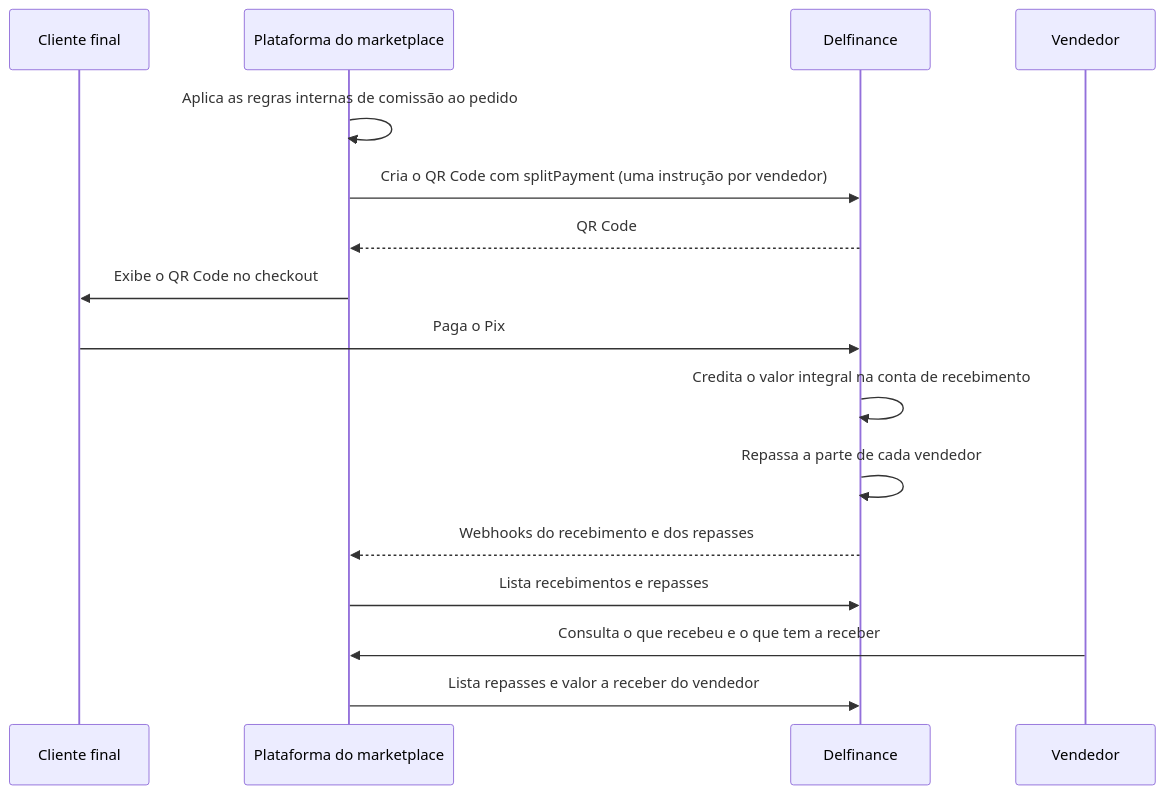
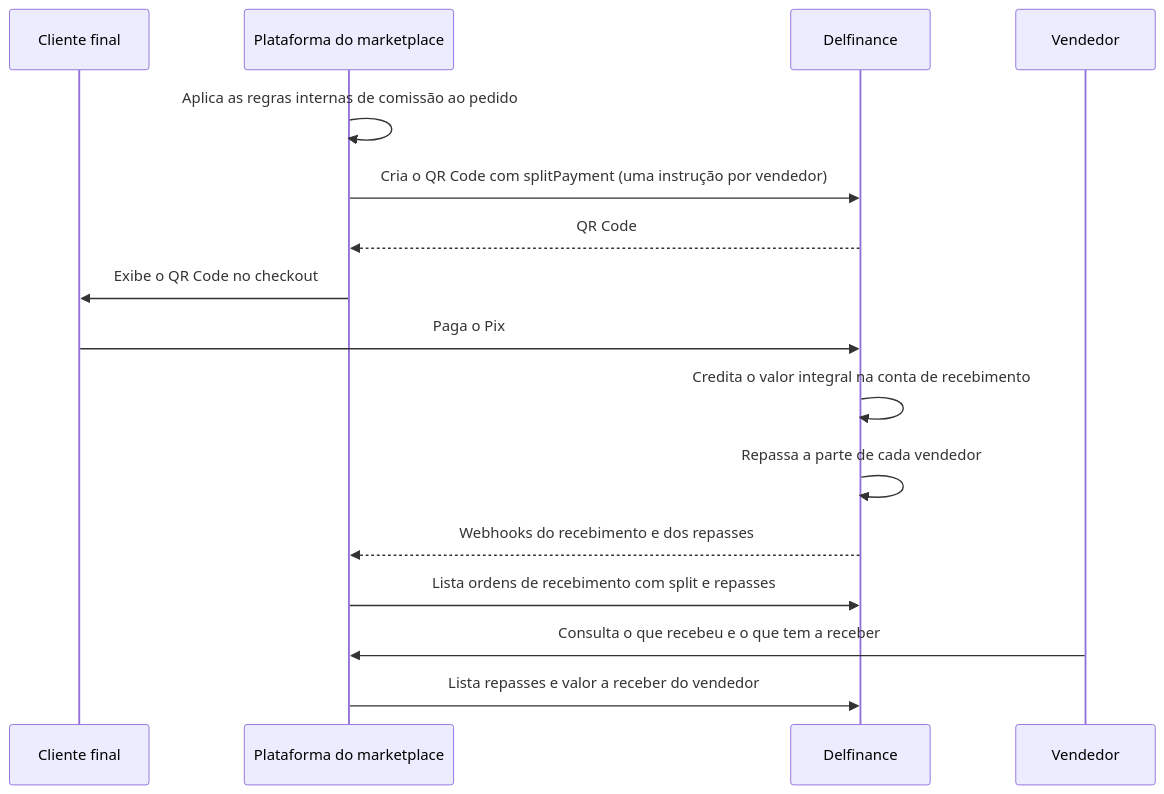
Before and after one commit to tech-andrade/docs: the diagram in guias/split-pagamentos/marketplace.mdx, drawn with Mermaid. The commit also changed other lines of this file and 16 other files, not shown here.

First line of the commit message:
docs: atualiza repasses do split (status, atualizar, reprocessar e devolução)

````diff
--- a/guias/split-pagamentos/marketplace.mdx
+++ b/guias/split-pagamentos/marketplace.mdx
@@ -29,18 +29,18 @@
 ```mermaid
 sequenceDiagram
     participant C as Cliente final
     participant P as Plataforma do marketplace
     participant D as Delfinance
     participant V as Vendedor
     P->>P: Aplica as regras internas de comissão ao pedido
     P->>D: Cria o QR Code com splitPayment (uma instrução por vendedor)
     D-->>P: QR Code
     P->>C: Exibe o QR Code no checkout
     C->>D: Paga o Pix
     D->>D: Credita o valor integral na conta de recebimento
     D->>D: Repassa a parte de cada vendedor
     D-->>P: Webhooks do recebimento e dos repasses
-    P->>D: Lista recebimentos e repasses
+    P->>D: Lista ordens de recebimento com split e repasses
     V->>P: Consulta o que recebeu e o que tem a receber
     P->>D: Lista repasses e valor a receber do vendedor
 ```
````
